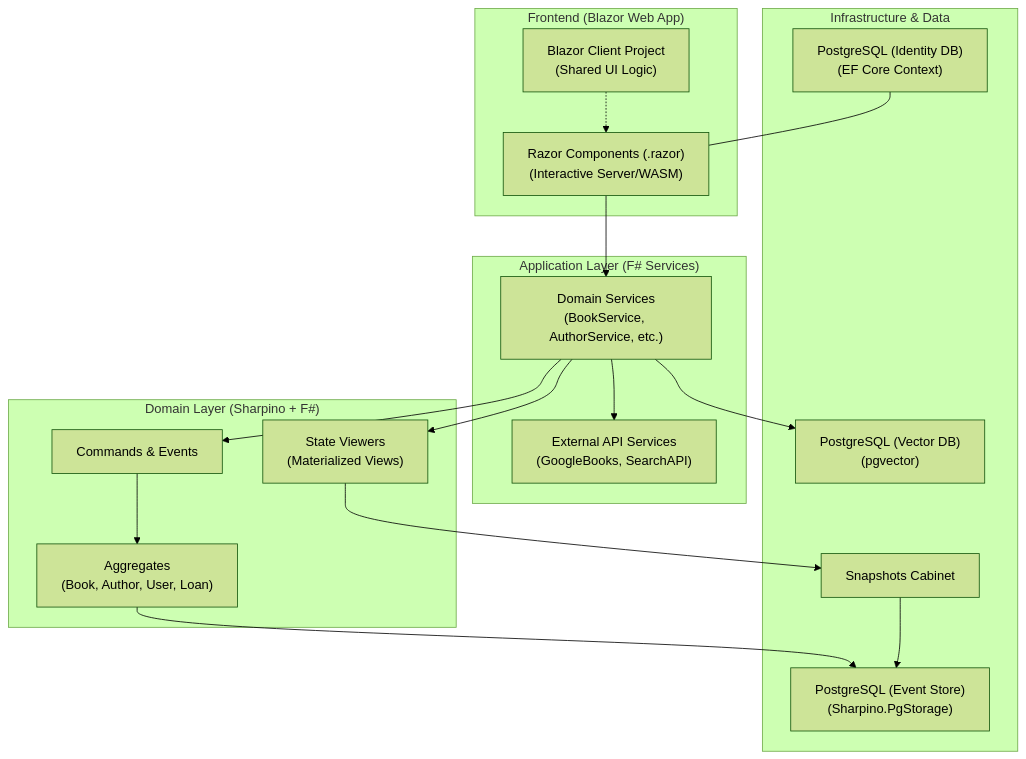
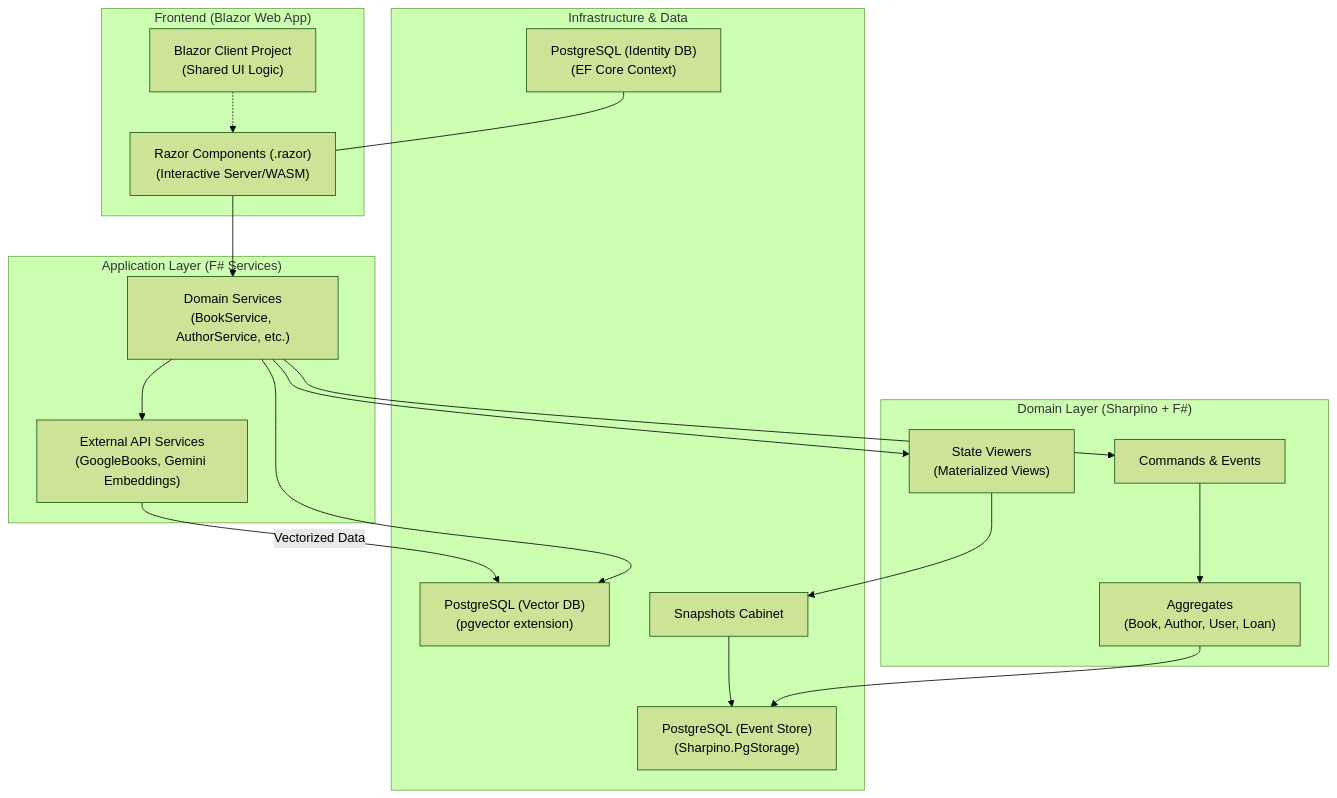
Before and after one commit to tonyx/blazorBookLibrary: the diagram in Docs/Architecture.md, drawn with Mermaid (forest theme). The commit also changed other lines of this file, not shown here.

````diff
--- a/Docs/Architecture.md
+++ b/Docs/Architecture.md
@@ -7,38 +7,39 @@
 ```mermaid
 graph TB
     subgraph "Frontend (Blazor Web App)"
         UI["Razor Components (.razor)<br/>(Interactive Server/WASM)"]
         CLIENT["Blazor Client Project<br/>(Shared UI Logic)"]
     end
 
     subgraph "Application Layer (F# Services)"
         SVC["Domain Services<br/>(BookService, AuthorService, etc.)"]
-        EXT["External API Services<br/>(GoogleBooks, SearchAPI)"]
+        EXT["External API Services<br/>(GoogleBooks, Gemini Embeddings)"]
     end
 
     subgraph "Domain Layer (Sharpino + F#)"
         CMD["Commands & Events"]
         AGG["Aggregates<br/>(Book, Author, User, Loan)"]
         VIEWER["State Viewers<br/>(Materialized Views)"]
     end
 
     subgraph "Infrastructure & Data"
         PGC["PostgreSQL (Identity DB)<br/>(EF Core Context)"]
         PGE["PostgreSQL (Event Store)<br/>(Sharpino.PgStorage)"]
-        PGV["PostgreSQL (Vector DB)<br/>(pgvector)"]
+        PGV["PostgreSQL (Vector DB)<br/>(pgvector extension)"]
         SNAP["Snapshots Cabinet"]
     end
 
     %% Relationships
     UI --> SVC
     CLIENT -.-> UI
     SVC --> CMD
     SVC --> VIEWER
     SVC --> EXT
     CMD --> AGG
     AGG --> PGE
     VIEWER --> SNAP
     SNAP --> PGE
     PGC --- UI
     SVC --> PGV
+    EXT -- "Vectorized Data" --> PGV
 ```
````
